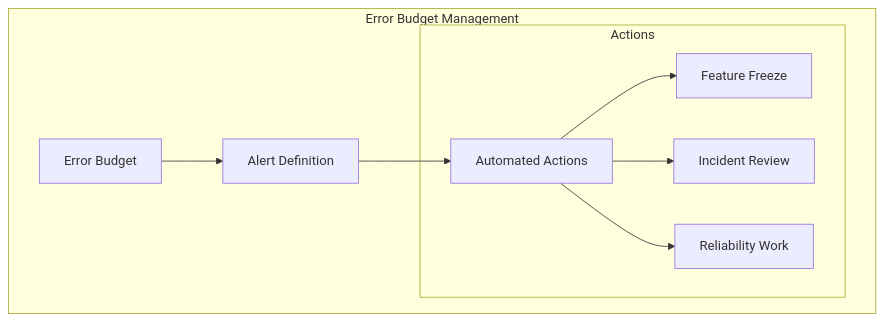
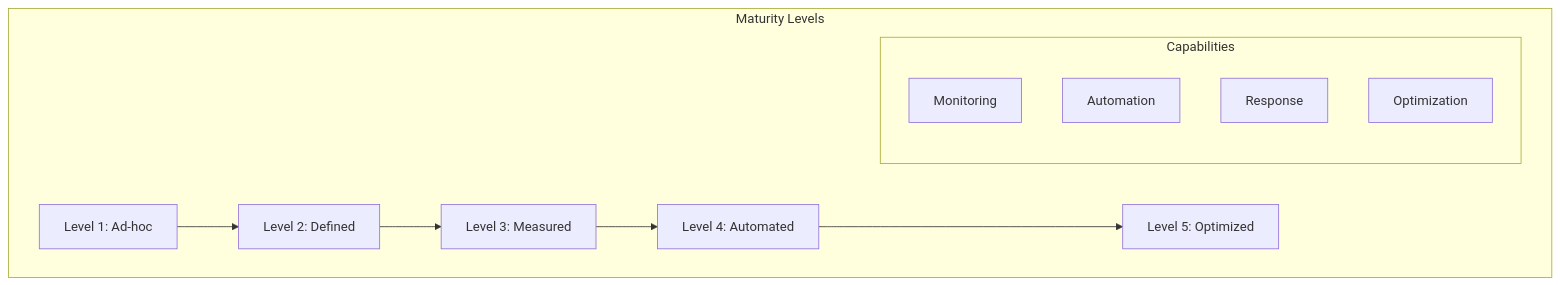
One commit to saravanakumarrc/Architecture_Journey changed the fifth of 5 diagrams in src/SLI_SLO_SLA_Frameworks.md. Above: the diagram before and after it, drawn with Mermaid. The commit also changed other lines of this file and 4 other files, not shown here.

Commit message:
Enhance High Availability Design and Monitoring & Observability Patterns documentation; add implementation examples, maturity models, and decision frameworks for improved clarity and practical guidance.

````diff
--- a/src/SLI_SLO_SLA_Frameworks.md
+++ b/src/SLI_SLO_SLA_Frameworks.md
@@ -289,13 +212,16 @@
 ```mermaid
 graph TB
-    subgraph "Error Budget Management"
-        EB[Error Budget] --> AD[Alert Definition]
-        AD --> AA[Automated Actions]
+    subgraph "Maturity Levels"
+        L1[Level 1: Ad-hoc] --> L2[Level 2: Defined]
+        L2 --> L3[Level 3: Measured]
+        L3 --> L4[Level 4: Automated]
+        L4 --> L5[Level 5: Optimized]
         
-        subgraph "Actions"
-            AA --> F[Feature Freeze]
-            AA --> I[Incident Review]
-            AA --> R[Reliability Work]
+        subgraph "Capabilities"
+            M[Monitoring]
+            A[Automation]
+            R[Response]
+            O[Optimization]
         end
     end
 ```
````
